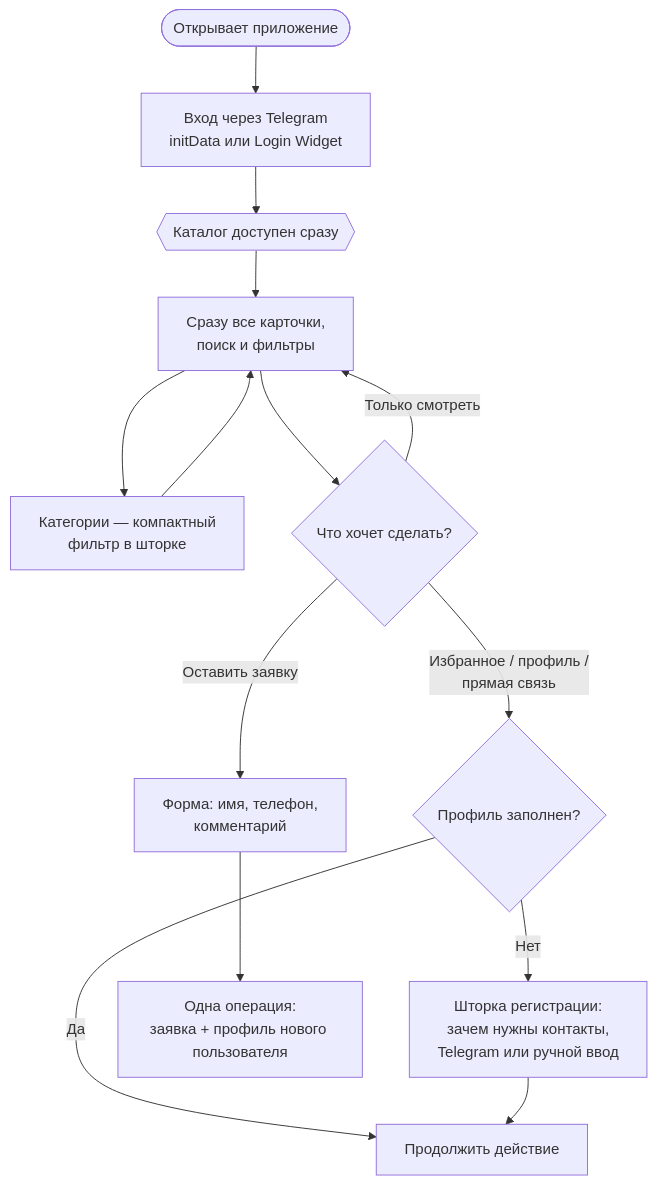
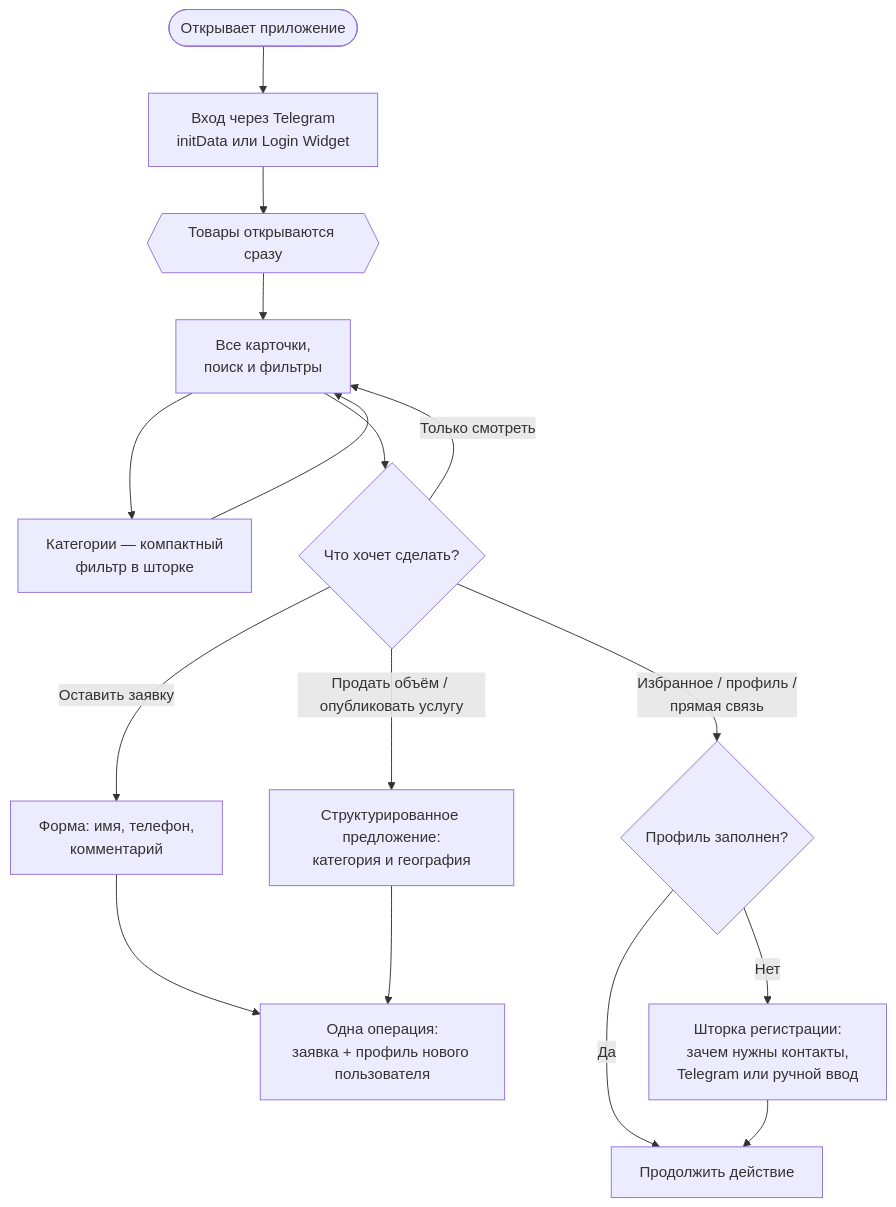
One commit to bullbashechka/AgroMarketKZ changed the first of 4 diagrams in USER_FLOW.md. Above: the diagram before and after it, drawn with Mermaid. The commit also changed other lines of this file and 55 other files, not shown here.

First line of the commit message:
feat(catalog): add structured territories and listing submissions

````diff
--- a/USER_FLOW.md
+++ b/USER_FLOW.md
@@ -9,16 +9,18 @@
 ```mermaid
 flowchart TD
 Open([Открывает приложение]) --> Auth[Вход через Telegram<br/>initData или Login Widget]
-Auth --> Catalog{{Каталог доступен сразу}}
-Catalog --> Browse[Сразу все карточки,<br/>поиск и фильтры]
+Auth --> Catalog{{Товары открываются сразу}}
+Catalog --> Browse[Все карточки,<br/>поиск и фильтры]
 Browse --> Category[Категории — компактный<br/>фильтр в шторке]
 Category --> Browse
 Browse --> Intent{Что хочет сделать?}
 Intent -->|Только смотреть| Browse
 Intent -->|Оставить заявку| Request[Форма: имя, телефон,<br/>комментарий]
+Intent -->|Продать объём / опубликовать услугу| Listing[Структурированное предложение:<br/>категория и география]
 Intent -->|Избранное / профиль /<br/>прямая связь| Registered{Профиль заполнен?}
 Registered -->|Да| Continue[Продолжить действие]
 Registered -->|Нет| Reg[Шторка регистрации:<br/>зачем нужны контакты,<br/>Telegram или ручной ввод]
 Reg --> Continue
 Request --> Atomic[Одна операция:<br/>заявка + профиль нового пользователя]
+Listing --> Atomic
 ```
````
